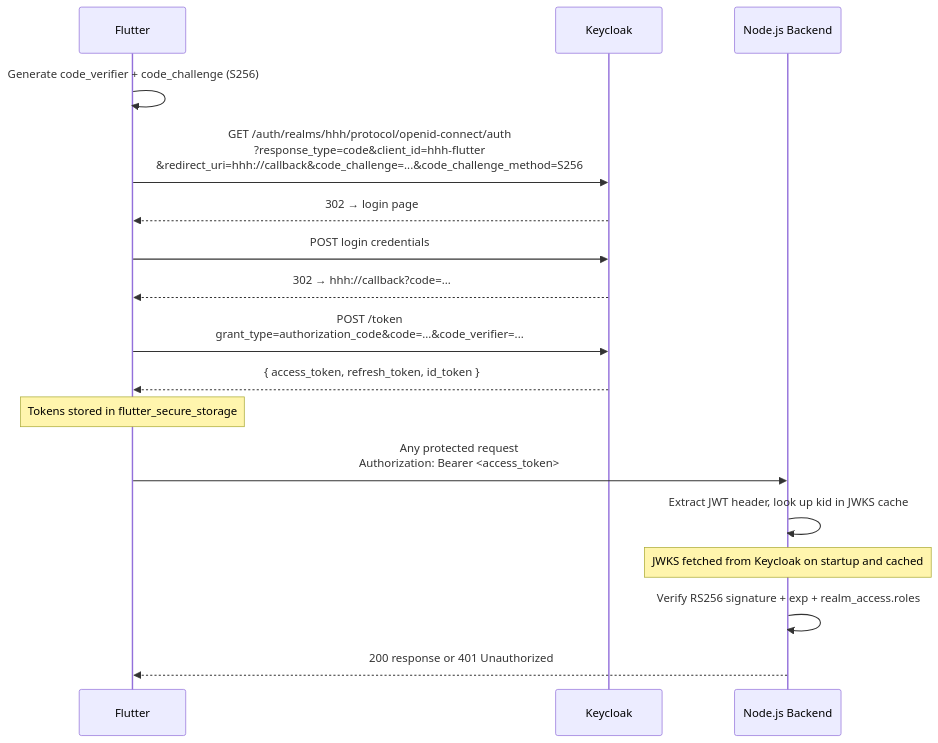
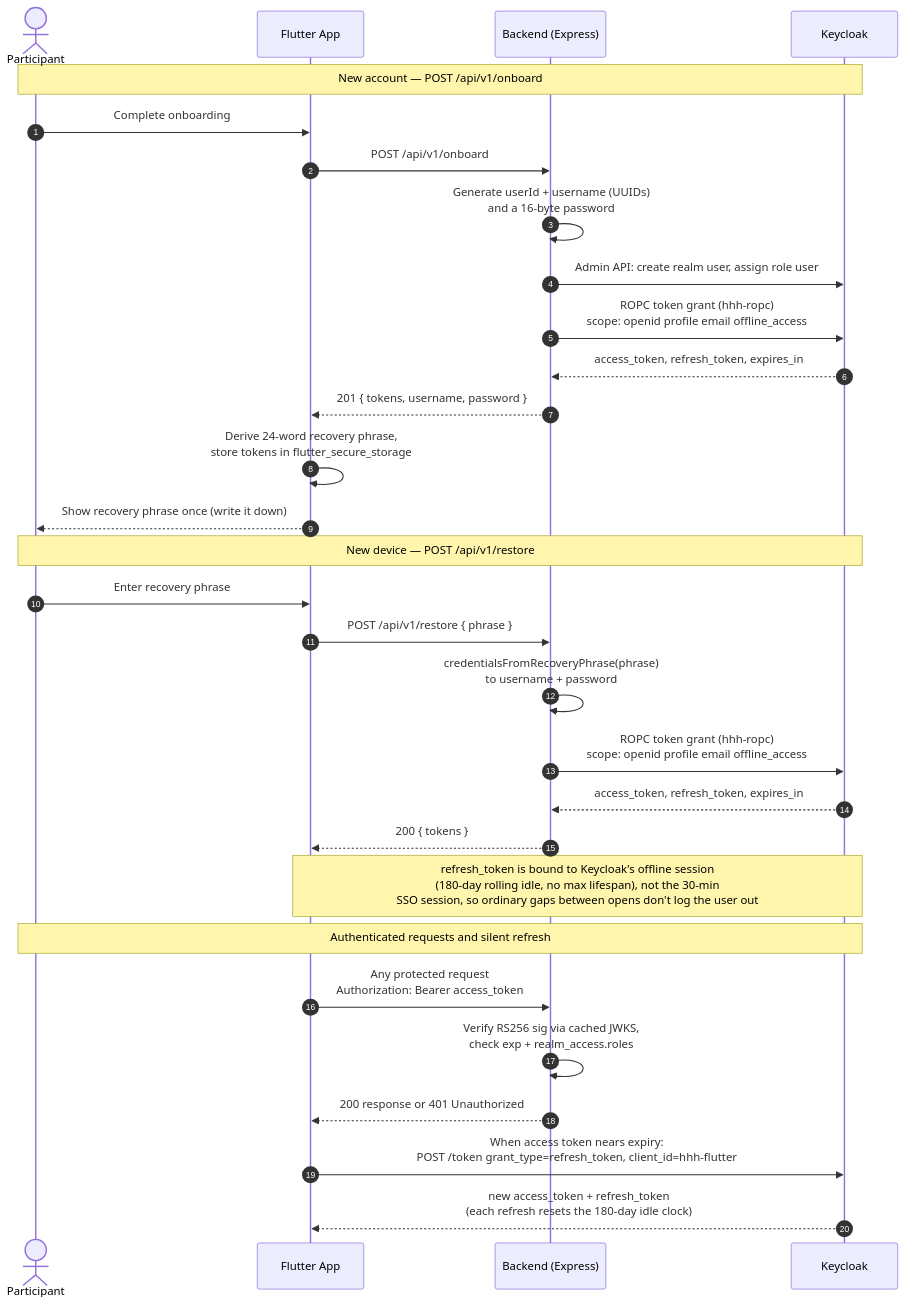
The fourth of 5 diagrams in docs/architecture.md (Bulgy404/health-habit-hub), drawn with Mermaid before and after one commit. The commit also changed other lines of this file and 11 other files, not shown here.

````diff
--- a/docs/architecture.md
+++ b/docs/architecture.md
@@ -242,22 +250,35 @@
 ```mermaid
 sequenceDiagram
-    participant Flutter
-    participant Keycloak
-    participant Backend as Node.js Backend
+    autonumber
+    actor P as Participant
+    participant F as Flutter App
+    participant B as Backend (Express)
+    participant KC as Keycloak
 
-    Flutter->>Flutter: Generate code_verifier + code_challenge (S256)
-    Flutter->>Keycloak: GET /auth/realms/hhh/protocol/openid-connect/auth<br/>?response_type=code&client_id=hhh-flutter<br/>&redirect_uri=hhh://callback&code_challenge=...&code_challenge_method=S256
-    Keycloak-->>Flutter: 302 → login page
-    Flutter->>Keycloak: POST login credentials
-    Keycloak-->>Flutter: 302 → hhh://callback?code=...
-    Flutter->>Keycloak: POST /token<br/>grant_type=authorization_code&code=...&code_verifier=...
-    Keycloak-->>Flutter: { access_token, refresh_token, id_token }
+    Note over P,KC: New account — POST /api/v1/onboard
+    P->>F: Complete onboarding
+    F->>B: POST /api/v1/onboard
+    B->>B: Generate userId + username (UUIDs)<br/>and a 16-byte password
+    B->>KC: Admin API: create realm user, assign role user
+    B->>KC: ROPC token grant (hhh-ropc)<br/>scope: openid profile email offline_access
+    KC-->>B: access_token, refresh_token, expires_in
+    B-->>F: 201 { tokens, username, password }
+    F->>F: Derive 24-word recovery phrase,<br/>store tokens in flutter_secure_storage
+    F-->>P: Show recovery phrase once (write it down)
 
-    Note over Flutter: Tokens stored in flutter_secure_storage
+    Note over P,KC: New device — POST /api/v1/restore
+    P->>F: Enter recovery phrase
+    F->>B: POST /api/v1/restore { phrase }
+    B->>B: credentialsFromRecoveryPhrase(phrase)<br/>to username + password
+    B->>KC: ROPC token grant (hhh-ropc)<br/>scope: openid profile email offline_access
+    KC-->>B: access_token, refresh_token, expires_in
+    B-->>F: 200 { tokens }
+    Note over F,KC: refresh_token is bound to Keycloak's offline session<br/>(180-day rolling idle, no max lifespan), not the 30-min<br/>SSO session, so ordinary gaps between opens don't log the user out
 
-    Flutter->>Backend: Any protected request<br/>Authorization: Bearer <access_token>
-    Backend->>Backend: Extract JWT header, look up kid in JWKS cache
-    Note over Backend: JWKS fetched from Keycloak on startup and cached
-    Backend->>Backend: Verify RS256 signature + exp + realm_access.roles
-    Backend-->>Flutter: 200 response or 401 Unauthorized
+    Note over P,KC: Authenticated requests and silent refresh
+    F->>B: Any protected request<br/>Authorization: Bearer access_token
+    B->>B: Verify RS256 sig via cached JWKS,<br/>check exp + realm_access.roles
+    B-->>F: 200 response or 401 Unauthorized
+    F->>KC: When access token nears expiry:<br/>POST /token grant_type=refresh_token, client_id=hhh-flutter
+    KC-->>F: new access_token + refresh_token<br/>(each refresh resets the 180-day idle clock)
 ```
````
